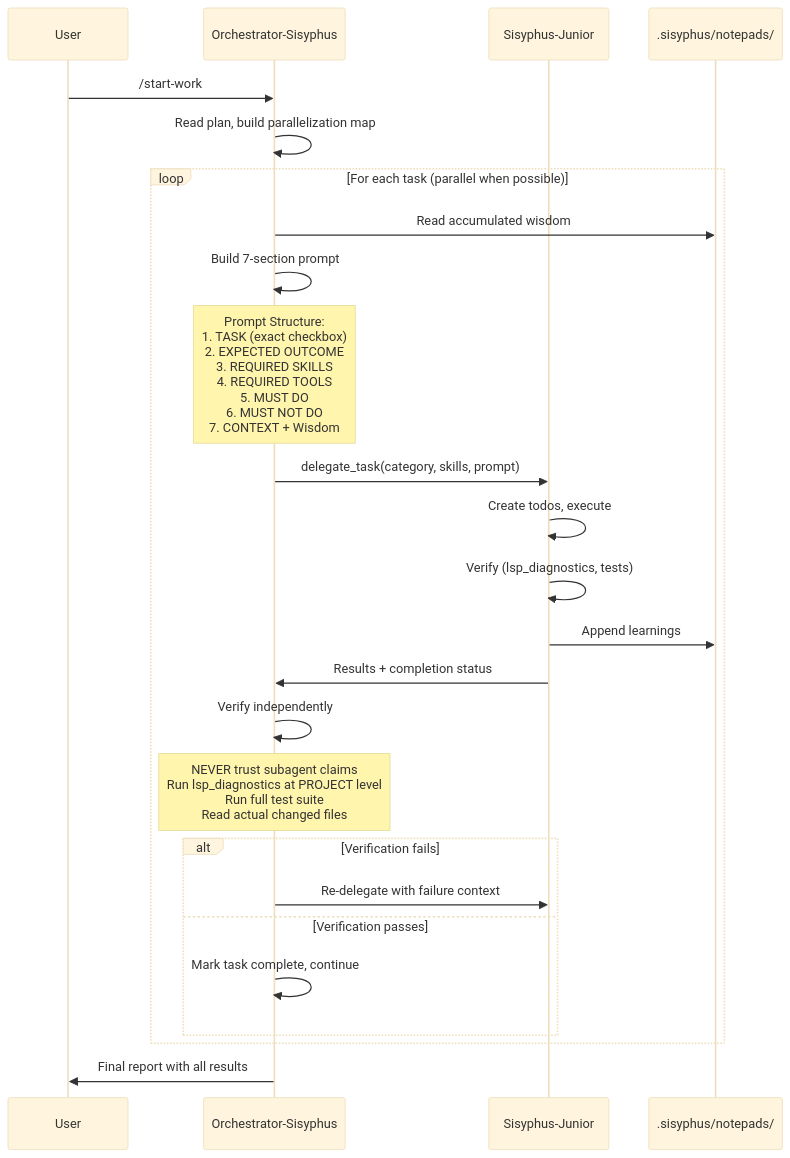
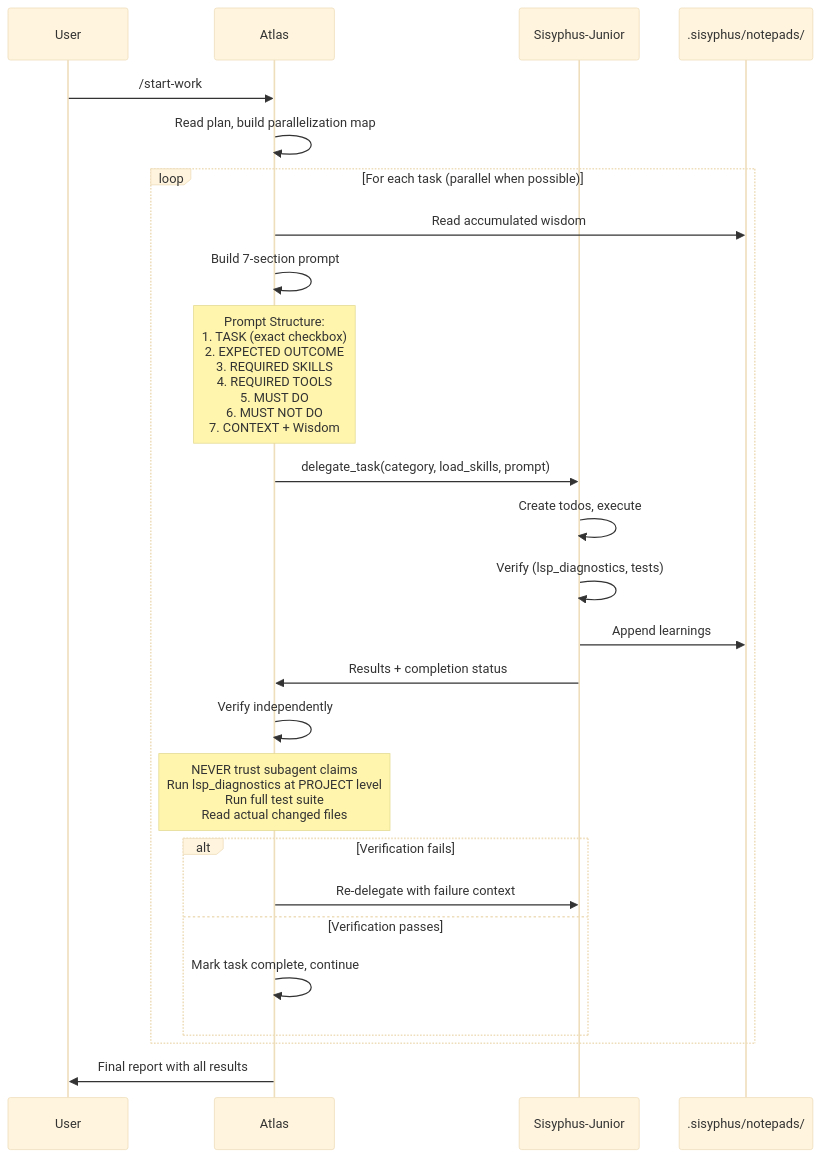
One commit to arcthur/oh-my-opencode changed the fourth of 4 diagrams in docs/guide/understanding-orchestration-system.md. Above: the diagram before and after it, drawn with Mermaid (base theme). The commit also changed other lines of this file and 222 other files, not shown here.

````diff
--- a/docs/guide/understanding-orchestration-system.md
+++ b/docs/guide/understanding-orchestration-system.md
@@ -329,35 +329,35 @@
 ```mermaid
 sequenceDiagram
     participant User
-    participant Orchestrator as Orchestrator-Sisyphus
+    participant Orchestrator as Atlas
     participant Junior as Sisyphus-Junior
     participant Notepad as .sisyphus/notepads/
     
     User->>Orchestrator: /start-work
     Orchestrator->>Orchestrator: Read plan, build parallelization map
     
     loop For each task (parallel when possible)
         Orchestrator->>Notepad: Read accumulated wisdom
         Orchestrator->>Orchestrator: Build 7-section prompt
         
         Note over Orchestrator: Prompt Structure:<br/>1. TASK (exact checkbox)<br/>2. EXPECTED OUTCOME<br/>3. REQUIRED SKILLS<br/>4. REQUIRED TOOLS<br/>5. MUST DO<br/>6. MUST NOT DO<br/>7. CONTEXT + Wisdom
         
-        Orchestrator->>Junior: delegate_task(category, skills, prompt)
+        Orchestrator->>Junior: delegate_task(category, load_skills, prompt)
         
         Junior->>Junior: Create todos, execute
         Junior->>Junior: Verify (lsp_diagnostics, tests)
         Junior->>Notepad: Append learnings
         Junior->>Orchestrator: Results + completion status
         
         Orchestrator->>Orchestrator: Verify independently
         Note over Orchestrator: NEVER trust subagent claims<br/>Run lsp_diagnostics at PROJECT level<br/>Run full test suite<br/>Read actual changed files
         
         alt Verification fails
             Orchestrator->>Junior: Re-delegate with failure context
         else Verification passes
             Orchestrator->>Orchestrator: Mark task complete, continue
         end
     end
     
     Orchestrator->>User: Final report with all results
 ```
````
